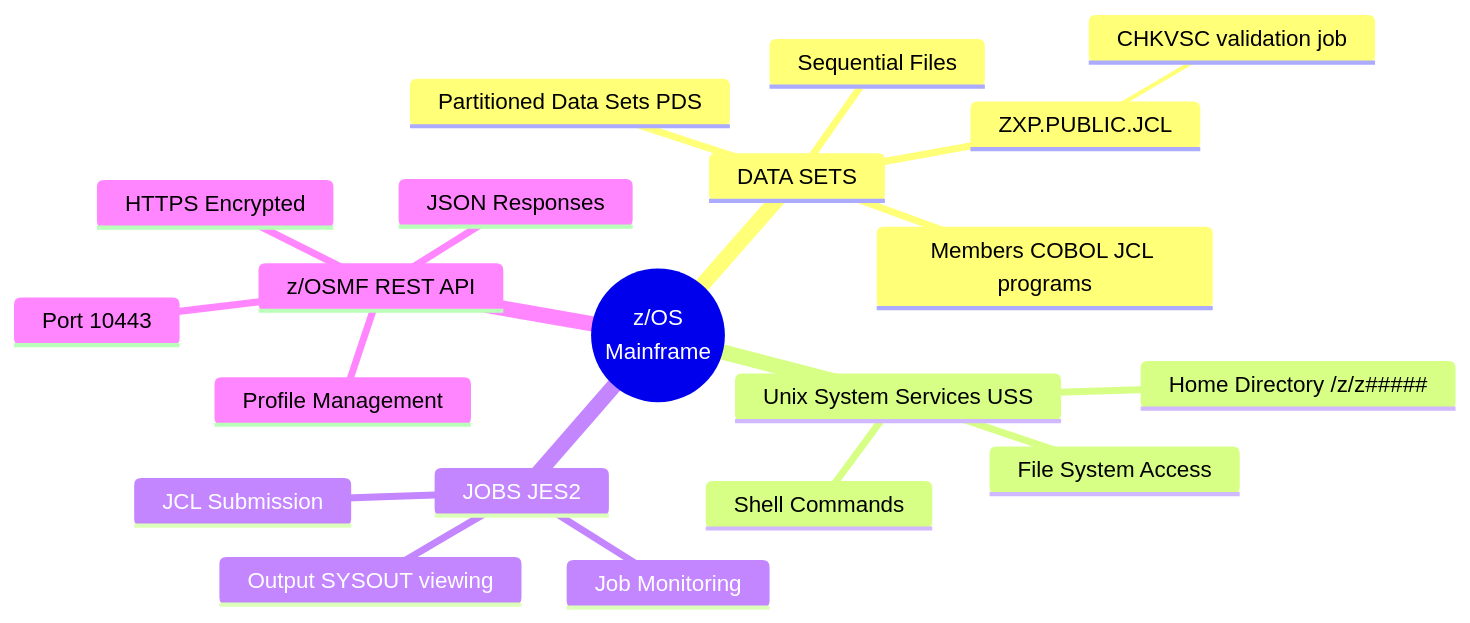
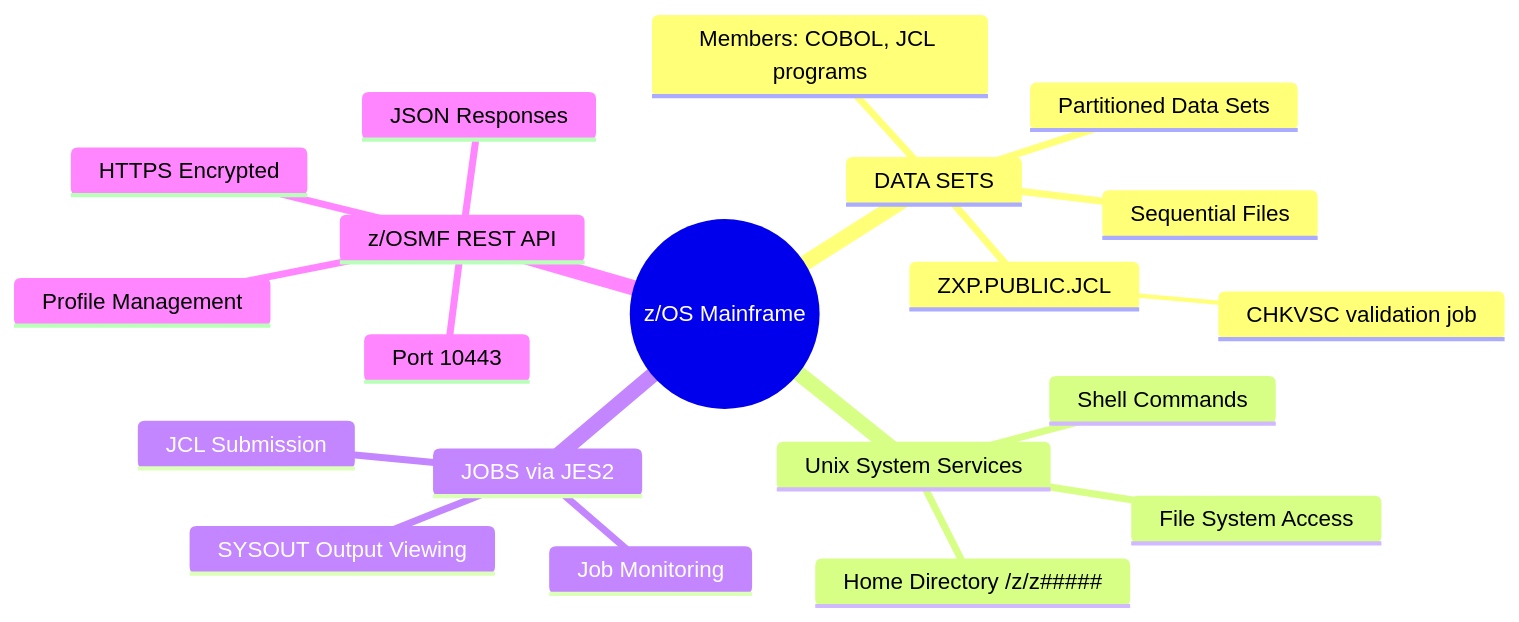
One commit to AnandSundar/ibm-z-vscode-mainframe-setup changed the seventh of 8 diagrams in README.md. Above: the diagram before and after it, drawn with Mermaid. The commit also changed other lines of this file, not shown here.

````diff
--- a/README.md
+++ b/README.md
@@ -396,24 +285,23 @@
 ```mermaid
 mindmap
-  root((z/OS
-Mainframe))
+  root((z/OS Mainframe))
     DATA SETS
       Sequential Files
-      Partitioned Data Sets PDS
-      Members COBOL JCL programs
+      Partitioned Data Sets
+      Members: COBOL, JCL programs
       ZXP.PUBLIC.JCL
         CHKVSC validation job
-    Unix System Services USS
+    Unix System Services
       Home Directory /z/z#####
       File System Access
       Shell Commands
-    JOBS JES2
+    JOBS via JES2
       JCL Submission
       Job Monitoring
-      Output SYSOUT viewing
+      SYSOUT Output Viewing
     z/OSMF REST API
       Port 10443
       HTTPS Encrypted
       JSON Responses
       Profile Management
 ```
````
